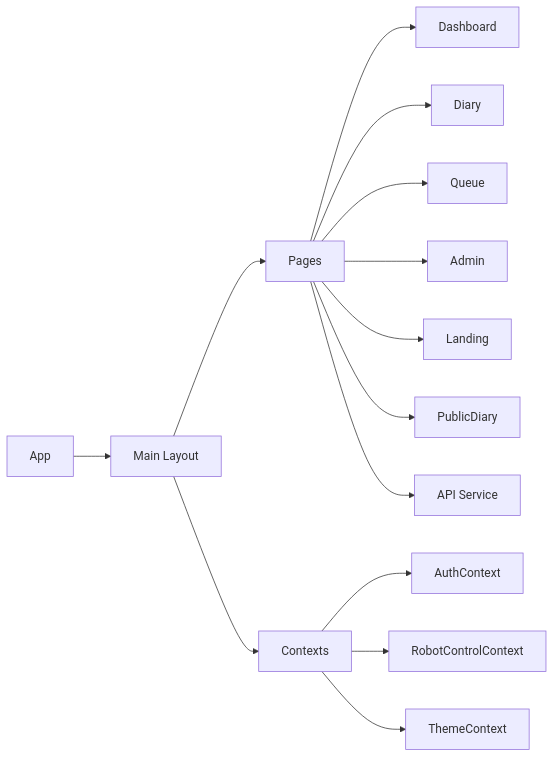
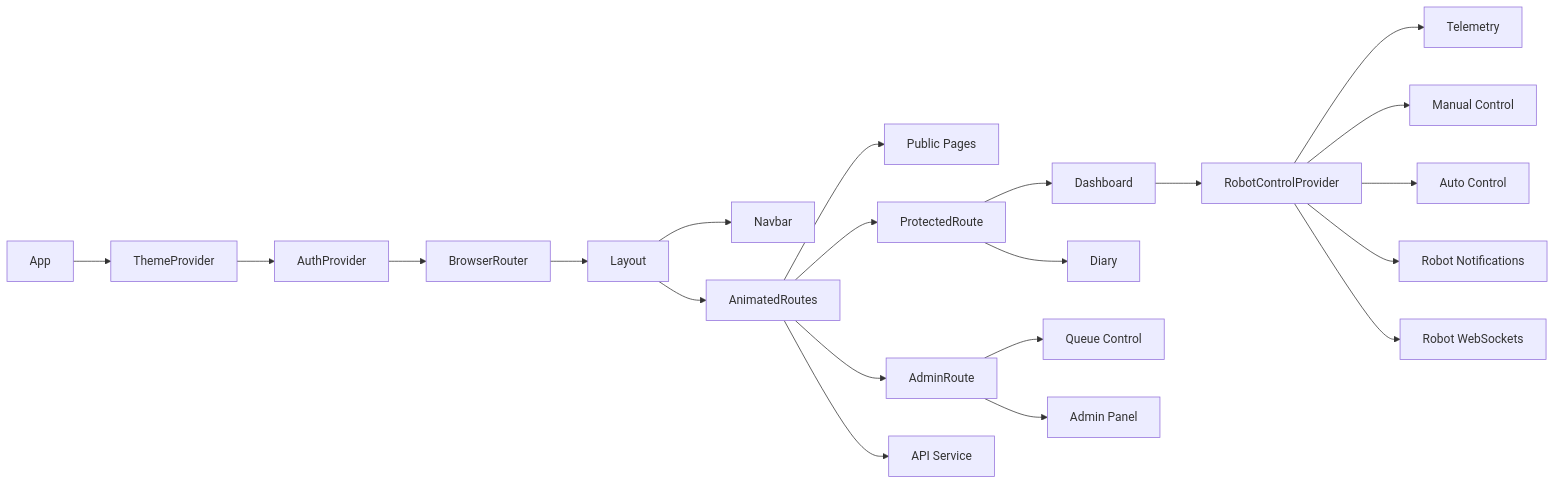
One commit to TeleTable-StartUp-Lab/frontend changed the diagram in docs/webseitenplanung.md. Above: the diagram before and after it, drawn with Mermaid. The commit also changed other lines of this file, not shown here.

````diff
--- a/docs/webseitenplanung.md
+++ b/docs/webseitenplanung.md
@@ -121,16 +198,23 @@
 ```mermaid
 flowchart LR
-  App[App] --> Layout[Main Layout]
-  Layout --> Pages[Pages]
-  Pages --> Dashboard
-  Pages --> Diary
-  Pages --> Queue
-  Pages --> Admin
-  Pages --> Landing
-  Pages --> PublicDiary
-  Layout --> Contexts[Contexts]
-  Contexts --> AuthContext
-  Contexts --> RobotControlContext
-  Contexts --> ThemeContext
-  Pages --> Services[API Service]
+  App[App] --> ThemeProvider[ThemeProvider]
+  ThemeProvider --> AuthProvider[AuthProvider]
+  AuthProvider --> Router[BrowserRouter]
+  Router --> Layout[Layout]
+  Layout --> Navbar[Navbar]
+  Layout --> AnimatedRoutes[AnimatedRoutes]
+  AnimatedRoutes --> PublicPages[Public Pages]
+  AnimatedRoutes --> ProtectedRoute[ProtectedRoute]
+  AnimatedRoutes --> AdminRoute[AdminRoute]
+  ProtectedRoute --> Dashboard[Dashboard]
+  ProtectedRoute --> Diary[Diary]
+  AdminRoute --> QueueControl[Queue Control]
+  AdminRoute --> AdminPanel[Admin Panel]
+  Dashboard --> RobotControlProvider[RobotControlProvider]
+  RobotControlProvider --> Telemetry[Telemetry]
+  RobotControlProvider --> ManualControl[Manual Control]
+  RobotControlProvider --> AutoControl[Auto Control]
+  RobotControlProvider --> Notifications[Robot Notifications]
+  AnimatedRoutes --> API[API Service]
+  RobotControlProvider --> WS[Robot WebSockets]
 ```
````
